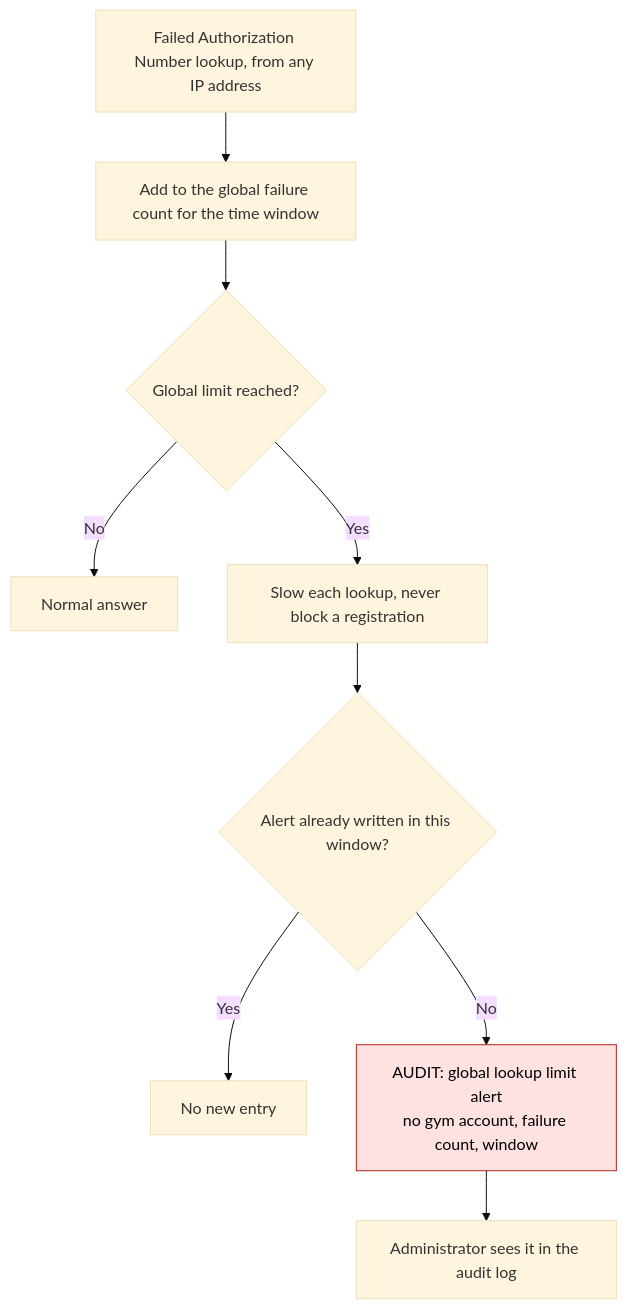
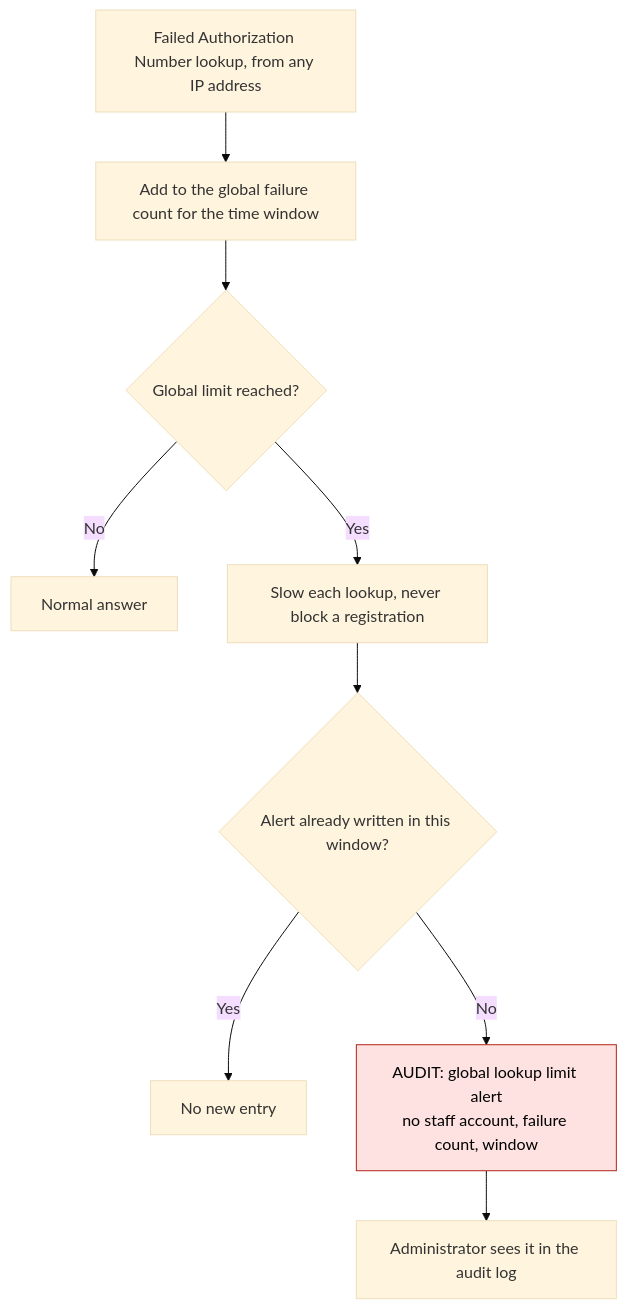
One commit to Th3-Minorities/natatorio-gym-app changed diagram 13 of 17 in docs/design/admin-flows.md. Above: the diagram before and after it, drawn with Mermaid (base theme). The commit also changed other lines of this file and 8 other files, not shown here.

````diff
--- a/docs/design/admin-flows.md
+++ b/docs/design/admin-flows.md
@@ -442,14 +365,14 @@
 ```mermaid
 flowchart TD
   Q0["Failed Authorization Number lookup, from any IP address"] --> Q1["Add to the global failure count for the time window"]
   Q1 --> Q2{"Global limit reached?"}
   Q2 -->|"No"| Q3["Normal answer"]
   Q2 -->|"Yes"| Q4["Slow each lookup, never block a registration"]
   Q4 --> Q5{"Alert already written in this window?"}
   Q5 -->|"Yes"| Q6["No new entry"]
-  Q5 -->|"No"| Q7["AUDIT: global lookup limit alert<br/>no gym account, failure count, window"]
+  Q5 -->|"No"| Q7["AUDIT: global lookup limit alert<br/>no staff account, failure count, window"]
   Q7 --> Q8["Administrator sees it in the audit log"]
 
   classDef audit fill:#fde2e1,stroke:#b42318,color:#000
   class Q7 audit
 ```
````
